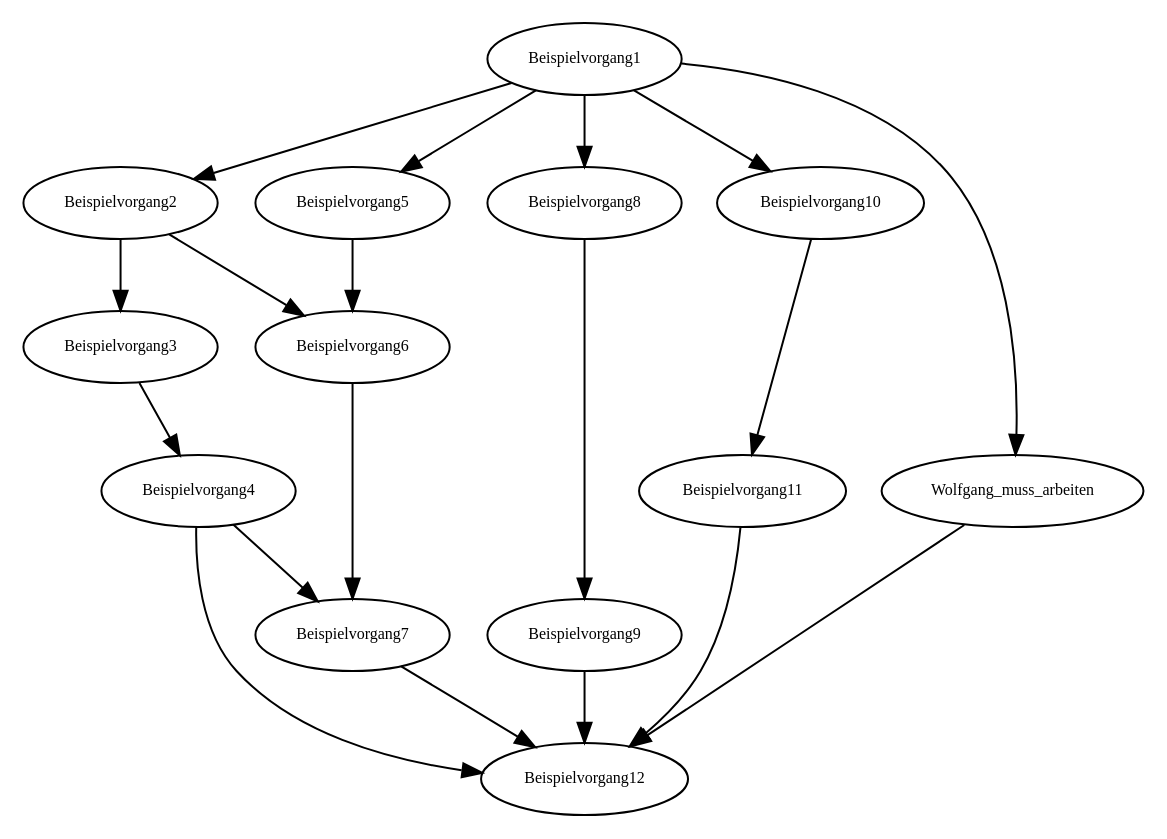
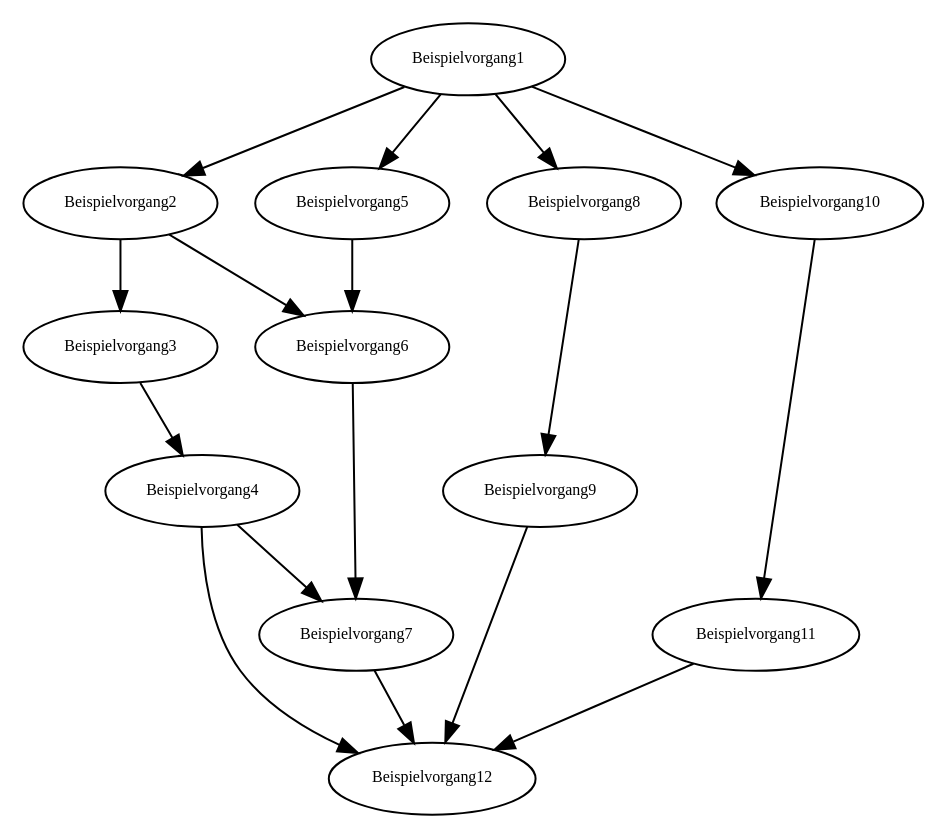
Before and after one commit to rb4k/as-rcpsp: the diagram in graph.dot, drawn with Graphviz. The commit also changed 10 other files, not shown here.

```diff
--- a/graph.dot
+++ b/graph.dot
@@ -1,138 +1,125 @@
 digraph RGL__DirectedAdjacencyGraph {
-    47352828 [
+    38933928 [
         fontsize = 8,
         label = Beispielvorgang1
     ]
 
-    47352768 [
+    38933880 [
         fontsize = 8,
         label = Beispielvorgang2
     ]
 
-    44073948 [
+    38969628 [
         fontsize = 8,
         label = Beispielvorgang5
     ]
 
-    27411720 [
+    38995440 [
         fontsize = 8,
         label = Beispielvorgang8
     ]
 
-    33523056 [
+    39225264 [
         fontsize = 8,
         label = Beispielvorgang10
     ]
 
-    37385028 [
+    39259884 [
         fontsize = 8,
         label = Beispielvorgang3
     ]
 
-    43941756 [
+    39247032 [
         fontsize = 8,
         label = Beispielvorgang6
     ]
 
-    44578476 [
+    39285588 [
         fontsize = 8,
         label = Beispielvorgang4
     ]
 
-    45359280 [
+    39290208 [
         fontsize = 8,
         label = Beispielvorgang7
     ]
 
-    46673532 [
+    39307404 [
         fontsize = 8,
         label = Beispielvorgang12
     ]
 
-    47210940 [
+    39650268 [
         fontsize = 8,
         label = Beispielvorgang9
     ]
 
-    47443956 [
+    39682944 [
         fontsize = 8,
         label = Beispielvorgang11
     ]
 
-    47576712 [
-        fontsize = 8,
-        label = Wolfgang_muss_arbeiten
-    ]
-
-    47352828 -> 47352768 [
+    38933928 -> 38933880 [
         fontsize = 8
     ]
 
-    47352828 -> 44073948 [
+    38933928 -> 38969628 [
         fontsize = 8
     ]
 
-    47352828 -> 27411720 [
+    38933928 -> 38995440 [
         fontsize = 8
     ]
 
-    47352828 -> 33523056 [
+    38933928 -> 39225264 [
         fontsize = 8
     ]
 
-    47352828 -> 47576712 [
+    38933880 -> 39259884 [
         fontsize = 8
     ]
 
-    47352768 -> 37385028 [
+    38933880 -> 39247032 [
         fontsize = 8
     ]
 
-    47352768 -> 43941756 [
+    38969628 -> 39247032 [
         fontsize = 8
     ]
 
-    44073948 -> 43941756 [
+    38995440 -> 39650268 [
         fontsize = 8
     ]
 
-    27411720 -> 47210940 [
+    39225264 -> 39682944 [
         fontsize = 8
     ]
 
-    33523056 -> 47443956 [
+    39259884 -> 39285588 [
         fontsize = 8
     ]
 
-    37385028 -> 44578476 [
+    39247032 -> 39290208 [
         fontsize = 8
     ]
 
-    43941756 -> 45359280 [
+    39285588 -> 39290208 [
         fontsize = 8
     ]
 
-    44578476 -> 45359280 [
+    39285588 -> 39307404 [
         fontsize = 8
     ]
 
-    44578476 -> 46673532 [
+    39290208 -> 39307404 [
         fontsize = 8
     ]
 
-    45359280 -> 46673532 [
+    39650268 -> 39307404 [
         fontsize = 8
     ]
 
-    47210940 -> 46673532 [
-        fontsize = 8
-    ]
-
-    47443956 -> 46673532 [
-        fontsize = 8
-    ]
-
-    47576712 -> 46673532 [
+    39682944 -> 39307404 [
         fontsize = 8
     ]
 }
```
